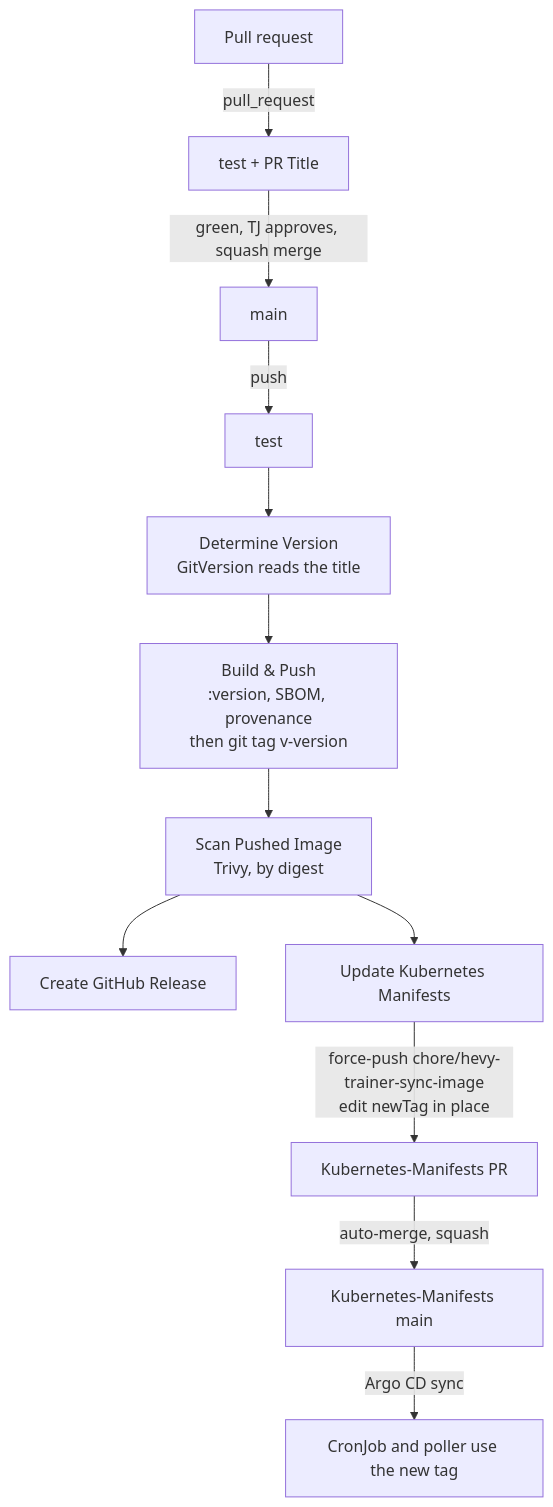
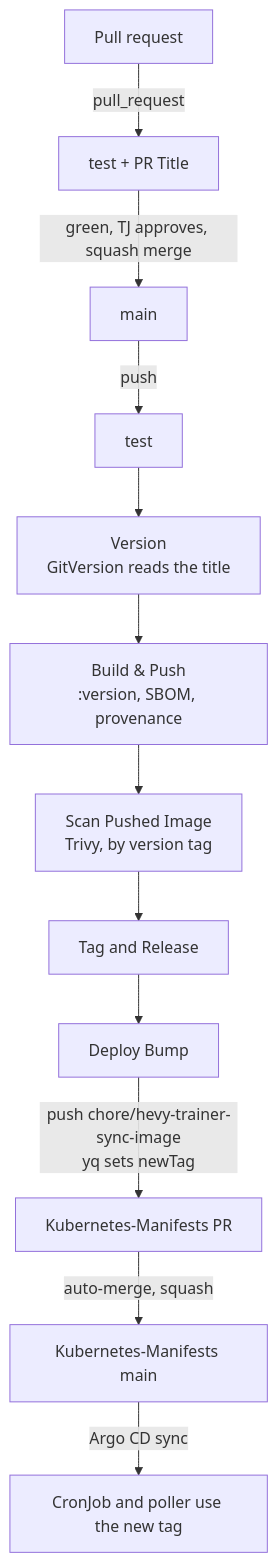
The diagram in docs/CICD.md (zimmertr/hevy-trainer-sync), drawn with Mermaid before and after one commit. The commit also changed other lines of this file and 11 other files, not shown here.

````diff
--- a/docs/CICD.md
+++ b/docs/CICD.md
@@ -35,14 +34,14 @@
 ```mermaid
 flowchart TD
     PR[Pull request] -->|pull_request| T[test + PR Title]
     T -->|green, TJ approves, squash merge| M[main]
     M -->|push| T2[test]
-    T2 --> V[Determine Version<br/>GitVersion reads the title]
-    V --> B[Build & Push<br/>:version, SBOM, provenance<br/>then git tag v-version]
-    B --> S[Scan Pushed Image<br/>Trivy, by digest]
-    S --> R[Create GitHub Release]
-    S --> U[Update Kubernetes Manifests]
-    U -->|force-push chore/hevy-trainer-sync-image<br/>edit newTag in place| KPR[Kubernetes-Manifests PR]
+    T2 --> V[Version<br/>GitVersion reads the title]
+    V --> B[Build & Push<br/>:version, SBOM, provenance]
+    B --> S[Scan Pushed Image<br/>Trivy, by version tag]
+    S --> R[Tag and Release]
+    R --> U[Deploy Bump]
+    U -->|push chore/hevy-trainer-sync-image<br/>yq sets newTag| KPR[Kubernetes-Manifests PR]
     KPR -->|auto-merge, squash| KM[Kubernetes-Manifests main]
     KM -->|Argo CD sync| C[CronJob and poller use the new tag]
 ```
````
